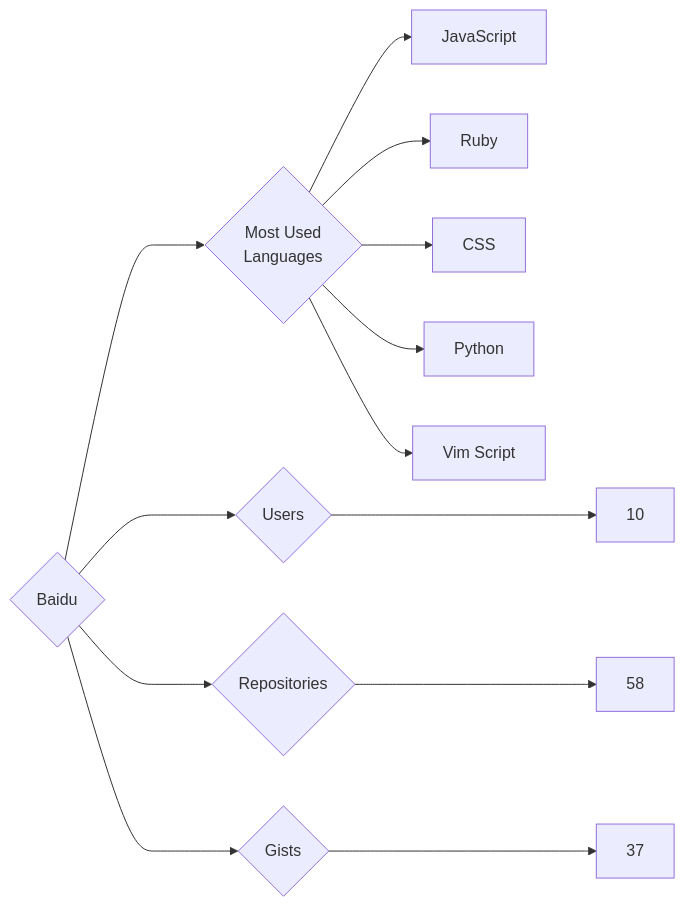
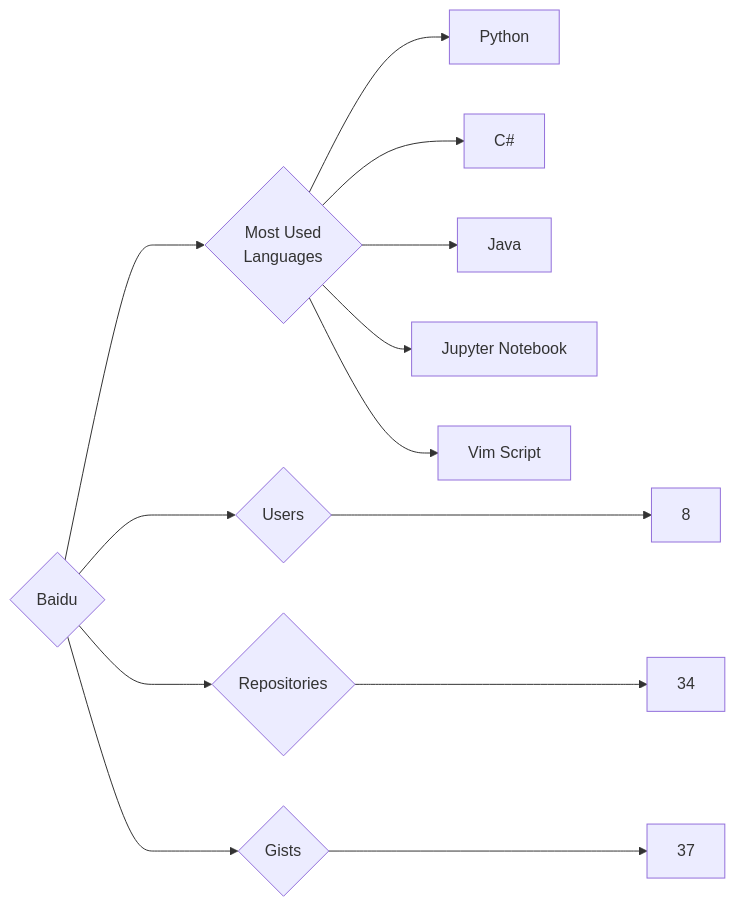
One commit to trickest/insiders changed the diagram in targets/Baidu/README.md. Above: the diagram before and after it, drawn with Mermaid. The commit also changed 1167 other files, not shown here.

````diff
--- a/targets/Baidu/README.md
+++ b/targets/Baidu/README.md
@@ -3,13 +3,13 @@
 ```mermaid
 graph LR
 COMPANY_NAME{Baidu}
-COMPANY_NAME ---> U{Users} ---> UN[10]
-COMPANY_NAME ---> R{Repositories} ---> RN[58]
+COMPANY_NAME ---> U{Users} ---> UN[8]
+COMPANY_NAME ---> R{Repositories} ---> RN[34]
 COMPANY_NAME ---> G{Gists} ---> GN[37]
 COMPANY_NAME ---> ML{Most Used<br>Languages}
-ML --> JavaScript[JavaScript]
-ML --> Ruby[Ruby]
-ML --> CSS[CSS]
 ML --> Python[Python]
+ML --> C#[C#]
+ML --> Java[Java]
+ML --> Jupyter_Notebook[Jupyter Notebook]
 ML --> Vim_Script[Vim Script]
 ```
````
